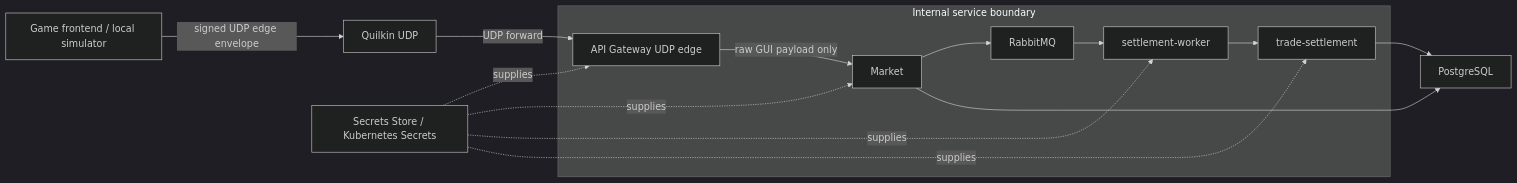
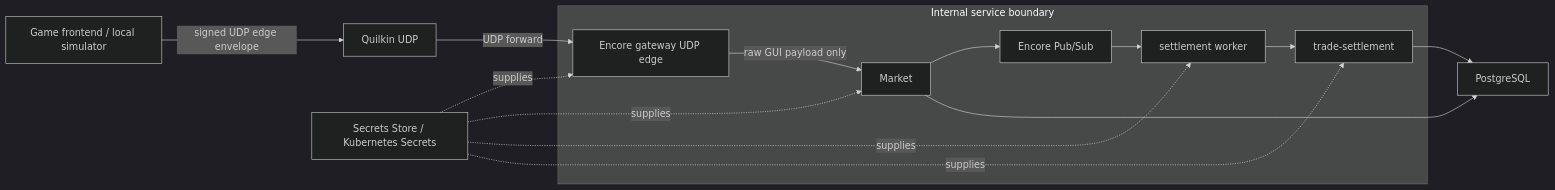
The diagram in Architecture/ISO-42010/07-security-trust-view.md (QuasarRay/eve-trade), drawn with Mermaid (dark theme) before and after one commit. The commit also changed other lines of this file and 1036 other files, not shown here.

````diff
--- a/Architecture/ISO-42010/07-security-trust-view.md
+++ b/Architecture/ISO-42010/07-security-trust-view.md
@@ -22,17 +22,17 @@
 ```mermaid
 flowchart LR
   Caller["Game frontend / local simulator"] -->|signed UDP edge envelope| Quilkin["Quilkin UDP"]
-  Quilkin -->|UDP forward| Gateway["API Gateway UDP edge"]
+  Quilkin -->|UDP forward| Gateway["Encore gateway UDP edge"]
   subgraph InternalServices["Internal service boundary"]
     Gateway -->|raw GUI payload only| Market["Market"]
-    Market --> Rabbit["RabbitMQ"]
-    Rabbit --> Worker["settlement-worker"]
+    Market --> PubSub["Encore Pub/Sub"]
+    PubSub --> Worker["settlement worker"]
     Worker --> Settlement["trade-settlement"]
   end
   Settlement --> Database["PostgreSQL"]
   Market --> Database
   Secrets["Secrets Store / Kubernetes Secrets"] -. supplies .-> Gateway
   Secrets -. supplies .-> Market
   Secrets -. supplies .-> Worker
   Secrets -. supplies .-> Settlement
 ```
````
